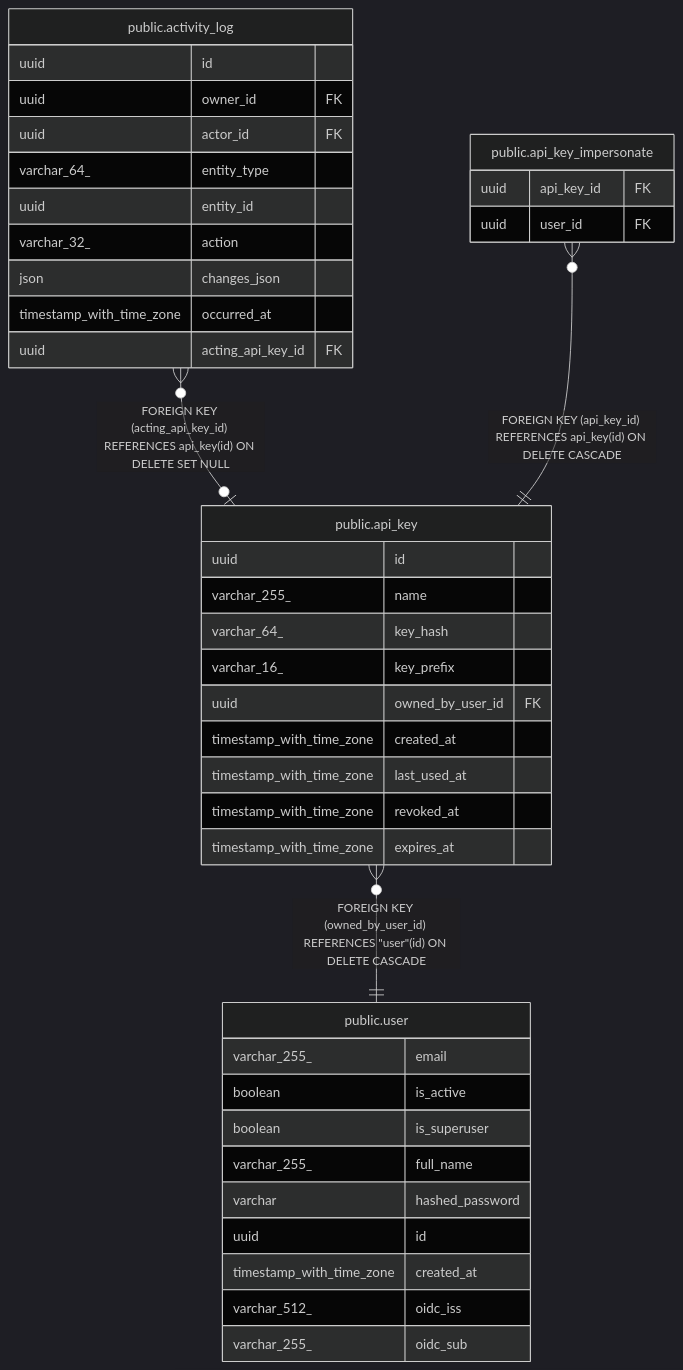
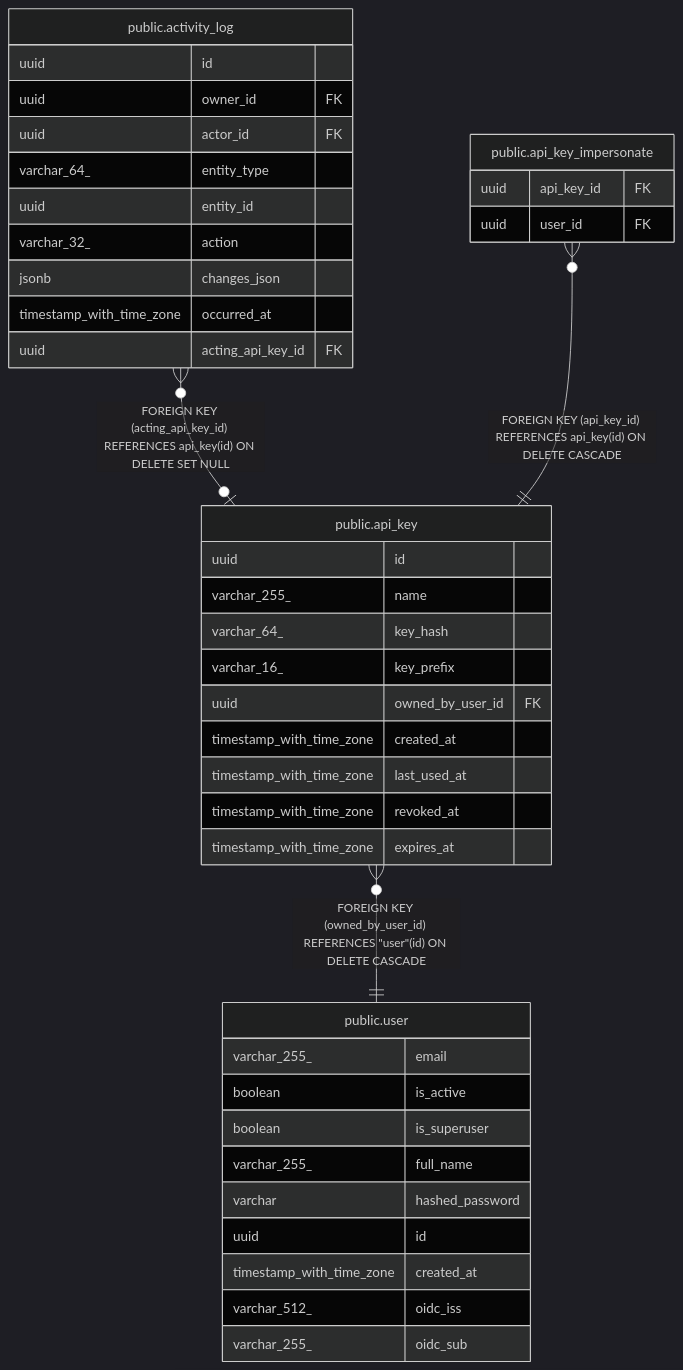
The diagram in docs/db/public.api_key.md (pike00/Kindred), drawn with Mermaid (dark theme) before and after one commit. The commit also changed 28 other files, not shown here.

Commit message:
docs: regenerate db schema docs (tbls) — sync with live schema

````diff
--- a/docs/db/public.api_key.md
+++ b/docs/db/public.api_key.md
@@ -42,45 +42,45 @@
 ```mermaid
 erDiagram
 
 "public.activity_log" }o--o| "public.api_key" : "FOREIGN KEY (acting_api_key_id) REFERENCES api_key(id) ON DELETE SET NULL"
 "public.api_key_impersonate" }o--|| "public.api_key" : "FOREIGN KEY (api_key_id) REFERENCES api_key(id) ON DELETE CASCADE"
 "public.api_key" }o--|| "public.user" : "FOREIGN KEY (owned_by_user_id) REFERENCES #quot;user#quot;(id) ON DELETE CASCADE"
 
 "public.api_key" {
   uuid id
   varchar_255_ name
   varchar_64_ key_hash
   varchar_16_ key_prefix
   uuid owned_by_user_id FK
   timestamp_with_time_zone created_at
   timestamp_with_time_zone last_used_at
   timestamp_with_time_zone revoked_at
   timestamp_with_time_zone expires_at
 }
 "public.activity_log" {
   uuid id
   uuid owner_id FK
   uuid actor_id FK
   varchar_64_ entity_type
   uuid entity_id
   varchar_32_ action
-  json changes_json
+  jsonb changes_json
   timestamp_with_time_zone occurred_at
   uuid acting_api_key_id FK
 }
 "public.api_key_impersonate" {
   uuid api_key_id FK
   uuid user_id FK
 }
 "public.user" {
   varchar_255_ email
   boolean is_active
   boolean is_superuser
   varchar_255_ full_name
   varchar hashed_password
   uuid id
   timestamp_with_time_zone created_at
   varchar_512_ oidc_iss
   varchar_255_ oidc_sub
 }
 ```
````
